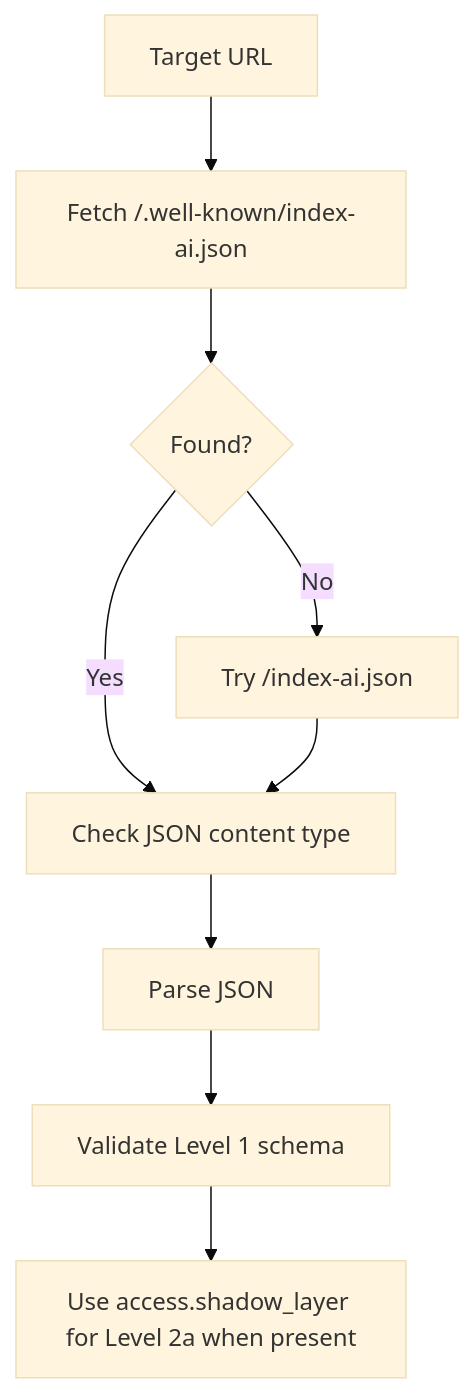
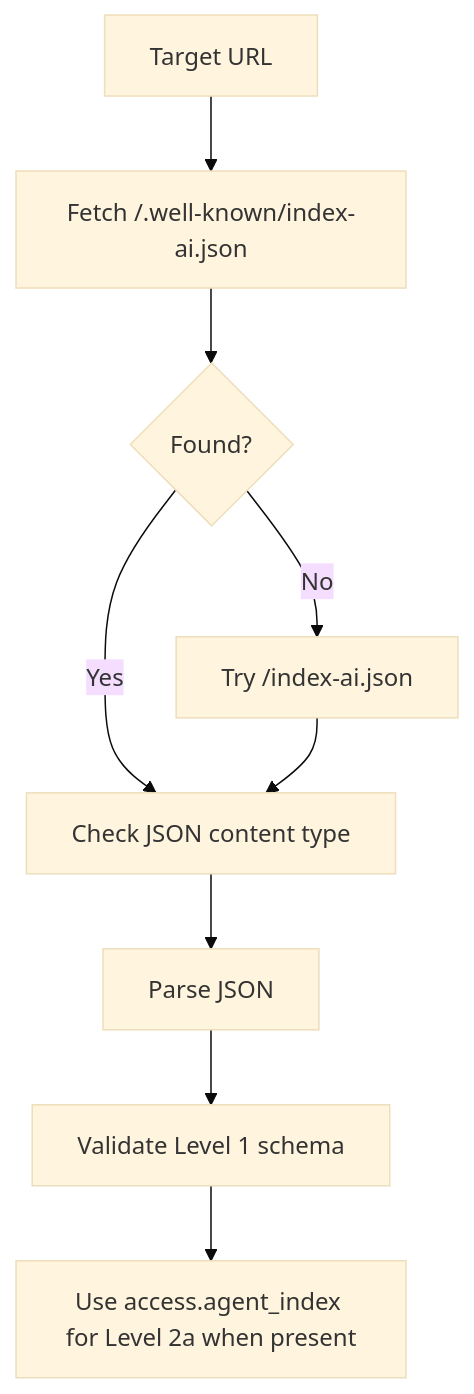
One commit to jordachmakaya/index-ai-validator changed the diagram in docs/guide/level-1-manifest.md. Above: the diagram before and after it, drawn with Mermaid (base theme). The commit also changed other lines of this file and 29 other files, not shown here.

Commit message:
feat(validator): migrate to agent index taxonomy

````diff
--- a/docs/guide/level-1-manifest.md
+++ b/docs/guide/level-1-manifest.md
@@ -43,11 +43,11 @@
 ```mermaid
 flowchart TD
   A["Target URL"] --> B["Fetch /.well-known/index-ai.json"]
   B --> C{"Found?"}
   C -->|No| D["Try /index-ai.json"]
   C -->|Yes| E["Check JSON content type"]
   D --> E
   E --> F["Parse JSON"]
   F --> G["Validate Level 1 schema"]
-  G --> H["Use access.shadow_layer for Level 2a when present"]
+  G --> H["Use access.agent_index for Level 2a when present"]
 ```
````
